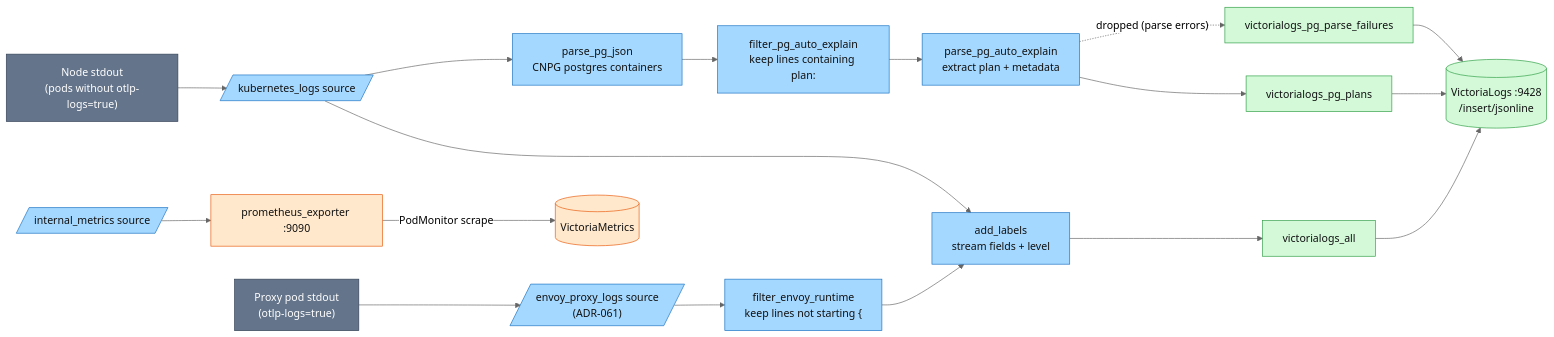
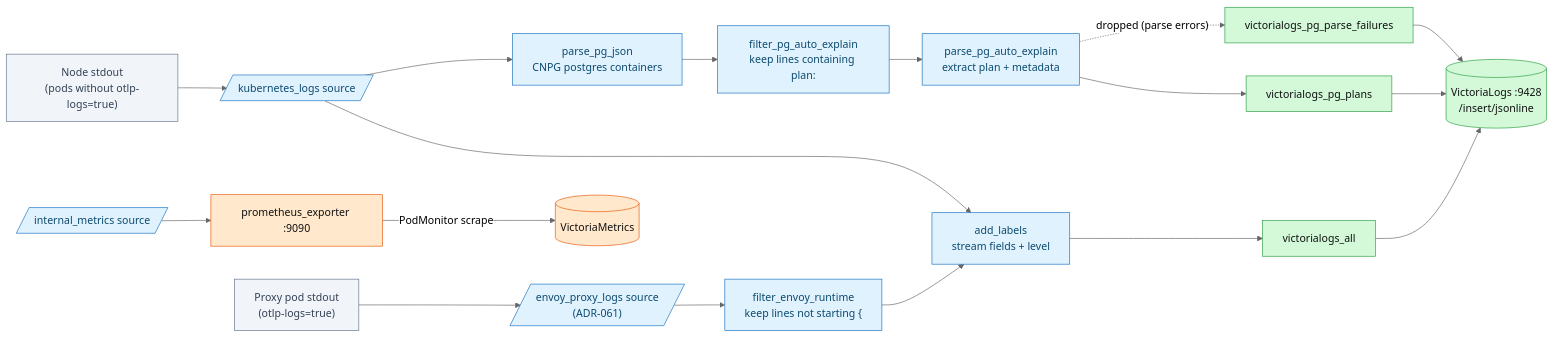
The first of 2 diagrams in docs/observability/logging/vector.md (duynhlab/homelab), drawn with Mermaid (neutral theme) before and after one commit. The commit also changed 174 other files, not shown here.

First line of the commit message:
Soft-tint diagram palette, a signal-flow diagram, a Linux-ready Draw.io skill

````diff
--- a/docs/observability/logging/vector.md
+++ b/docs/observability/logging/vector.md
@@ -53,24 +53,24 @@
 ```mermaid
 flowchart LR
     K8S["Node stdout<br/>(pods without otlp-logs=true)"] --> SRC[/"kubernetes_logs source"/]
     EGP["Proxy pod stdout<br/>(otlp-logs=true)"] --> ESRC[/"envoy_proxy_logs source<br/>(ADR-061)"/]
     ESRC --> ERT["filter_envoy_runtime<br/>keep lines not starting {"]
     ERT --> AL
     SRC --> AL["add_labels<br/>stream fields + level"]
     SRC --> PJ["parse_pg_json<br/>CNPG postgres containers"]
     PJ --> FAE["filter_pg_auto_explain<br/>keep lines containing plan:"]
     FAE --> PAE["parse_pg_auto_explain<br/>extract plan + metadata"]
     AL --> ALL["victorialogs_all"]
     PAE --> PLANS["victorialogs_pg_plans"]
     PAE -. "dropped (parse errors)" .-> FAILS["victorialogs_pg_parse_failures"]
     ALL & PLANS & FAILS --> VL[("VictoriaLogs :9428<br/>/insert/jsonline")]
     IM[/"internal_metrics source"/] --> PE["prometheus_exporter :9090"] -->|"PodMonitor scrape"| VM[("VictoriaMetrics")]
-    classDef external fill:#64748b,color:#fff,stroke:#334155;
-    classDef collector fill:#a5d8ff,color:#111,stroke:#1971c2;
+    classDef external fill:#f1f5f9,color:#334155,stroke:#64748b;
+    classDef collector fill:#e0f2fe,color:#0c4a6e,stroke:#1971c2;
     classDef log fill:#d3f9d8,color:#111,stroke:#2f9e44;
     classDef metric fill:#ffe8cc,color:#111,stroke:#e8590c;
     class K8S,EGP external;
     class SRC,ESRC,ERT,AL,PJ,FAE,PAE,IM collector;
     class ALL,PLANS,FAILS,VL log;
     class PE,VM metric;
 ```
````
